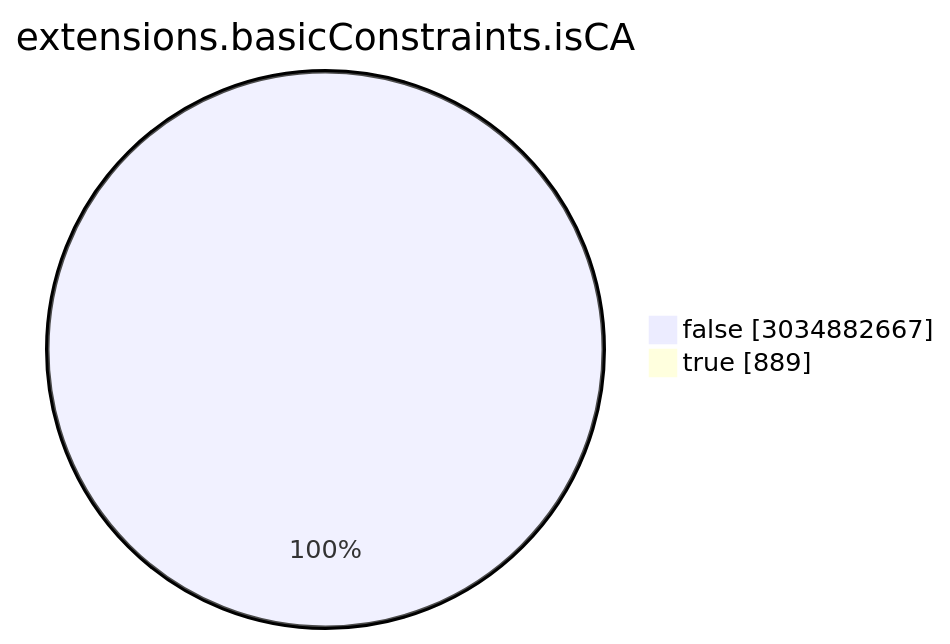
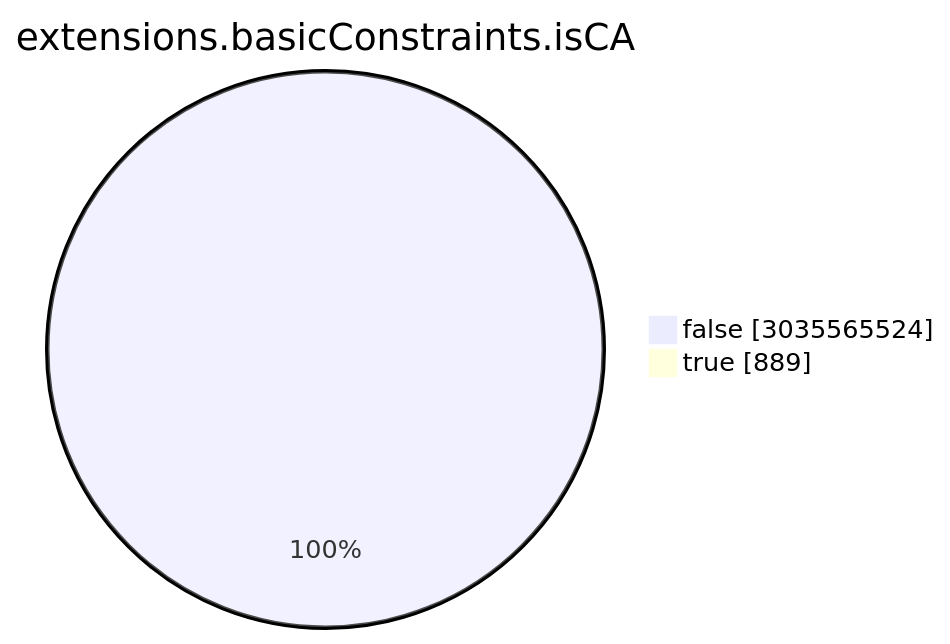
One commit to christiankrug/ctmonitor_visualization changed the seventh of 15 diagrams in TOTAL/README.md. Above: the diagram before and after it, drawn with Mermaid. The commit also changed other lines of this file, not shown here.

````diff
--- a/TOTAL/README.md
+++ b/TOTAL/README.md
@@ -3086,6 +3086,6 @@
 ```mermaid
 pie showData
 title extensions.basicConstraints.isCA
-"false" :3034882667
+"false" :3035565524
 "true" :889
 ```
````
